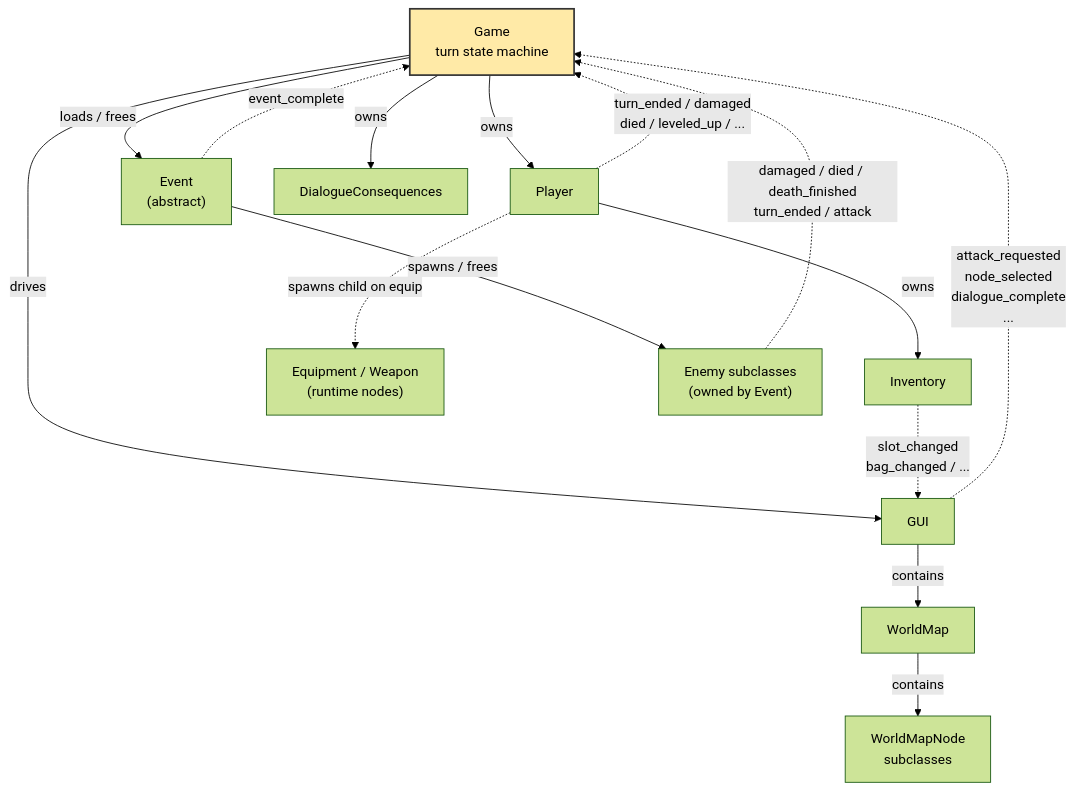
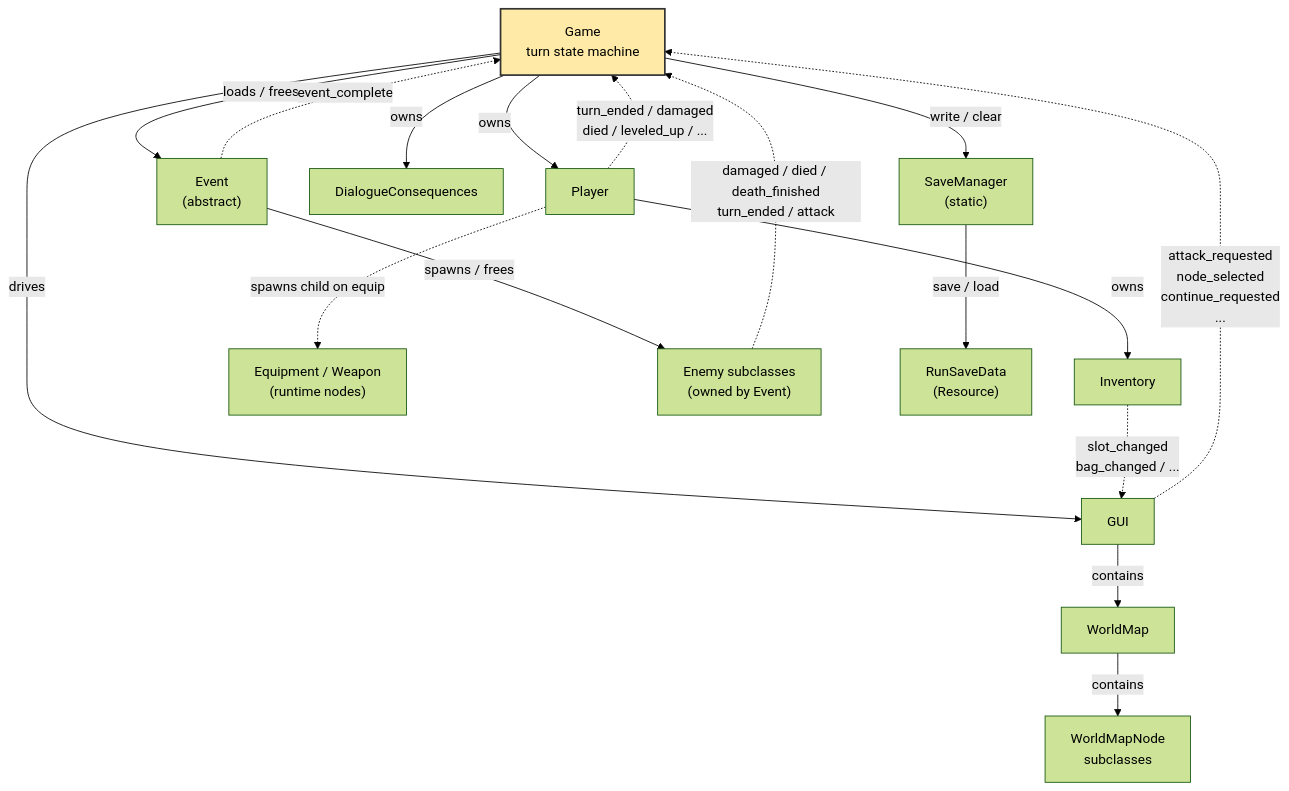
Before and after one commit to mjholder/crawler: the first of 5 diagrams in journal/architecture.md, drawn with Mermaid (forest theme). The commit also changed other lines of this file and 16 other files, not shown here.

Commit message:
save and load

````diff
--- a/journal/architecture.md
+++ b/journal/architecture.md
@@ -15,32 +15,36 @@
 ```mermaid
 flowchart TD
     Game["Game<br/>turn state machine"]
     Player["Player"]
     Inventory["Inventory"]
     Equipment["Equipment / Weapon<br/>(runtime nodes)"]
     Event["Event<br/>(abstract)"]
     GUI["GUI"]
     WorldMap["WorldMap"]
     WMN["WorldMapNode<br/>subclasses"]
     DC["DialogueConsequences"]
     Enemy["Enemy subclasses<br/>(owned by Event)"]
+    SM["SaveManager<br/>(static)"]
+    RSD["RunSaveData<br/>(Resource)"]
 
     Game -->|owns| Player
     Game -->|owns| DC
     Game -->|loads / frees| Event
     Game -->|drives| GUI
     Player -->|owns| Inventory
     Player -.->|spawns child on equip| Equipment
     GUI -->|contains| WorldMap
     WorldMap -->|contains| WMN
     Event -->|spawns / frees| Enemy
+    Game -->|write / clear| SM
+    SM -->|save / load| RSD
 
-    GUI -. "attack_requested<br/>node_selected<br/>dialogue_complete<br/>..." .-> Game
+    GUI -. "attack_requested<br/>node_selected<br/>continue_requested<br/>..." .-> Game
     Player -. "turn_ended / damaged<br/>died / leveled_up / ..." .-> Game
     Event -. event_complete .-> Game
     Enemy -. "damaged / died / death_finished<br/>turn_ended / attack" .-> Game
     Inventory -. "slot_changed<br/>bag_changed / ..." .-> GUI
 
     classDef hub fill:#ffeaa7,stroke:#333,stroke-width:2px
     class Game hub
 ```
````
